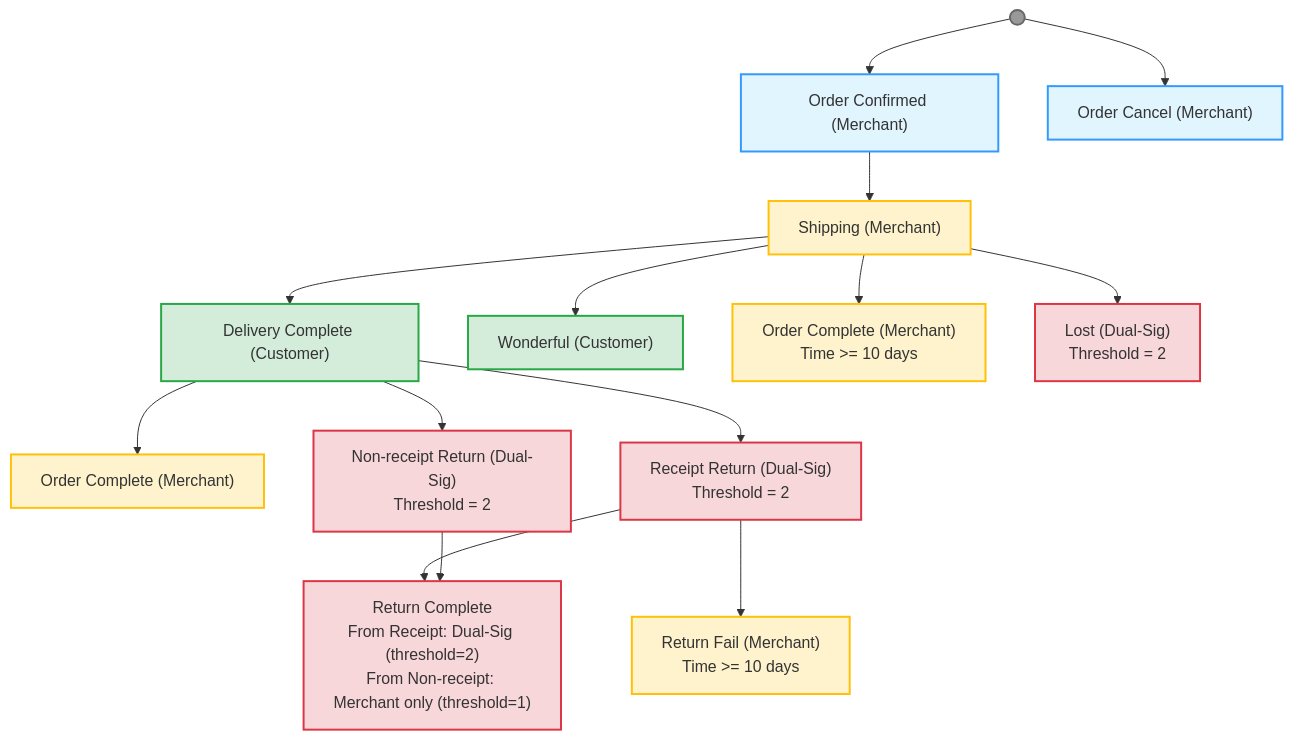
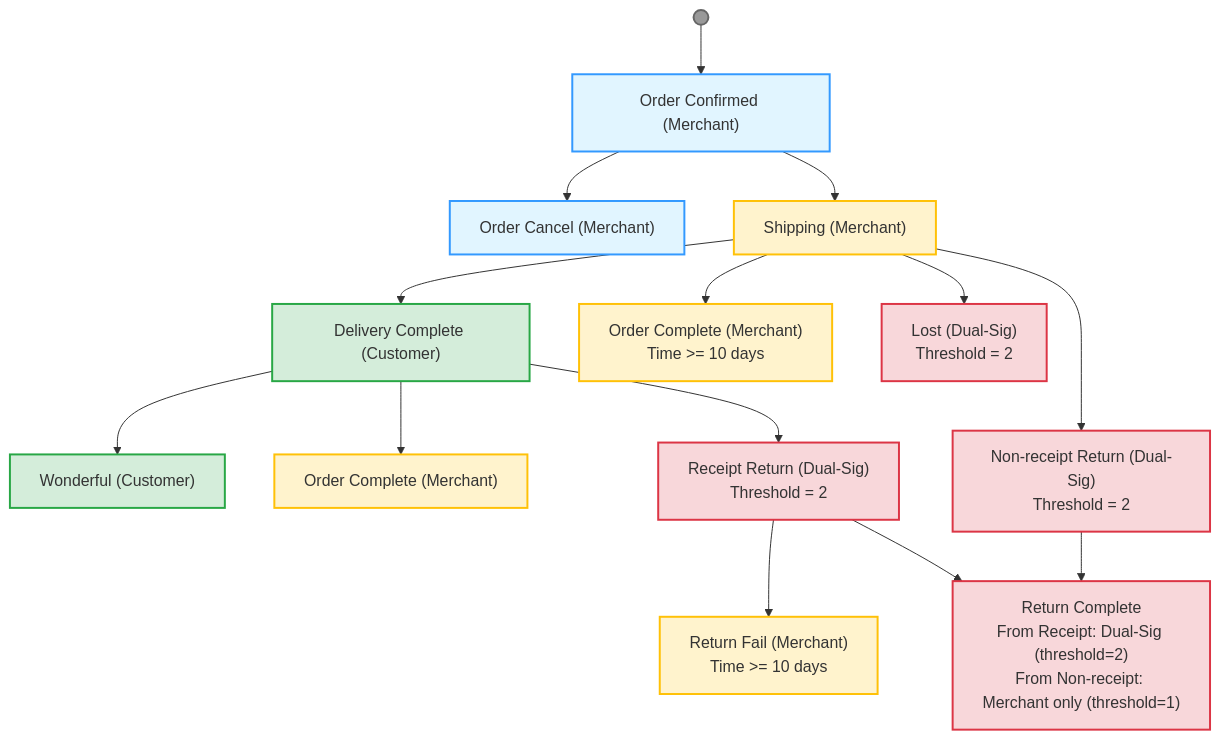
Before and after one commit to wowok-ai/docs: the diagram in examples/MyShop_Advanced/MyShop_Advanced.md, drawn with Mermaid. The commit also changed other lines of this file and 4 other files, not shown here.

````diff
--- a/examples/MyShop_Advanced/MyShop_Advanced.md
+++ b/examples/MyShop_Advanced/MyShop_Advanced.md
@@ -99,43 +99,43 @@
 ```mermaid
 graph TD
     classDef initial fill:#e1f5ff,stroke:#3399ff,stroke-width:2px;
     classDef merchant fill:#fff3cd,stroke:#ffc107,stroke-width:2px;
     classDef customer fill:#d4edda,stroke:#28a745,stroke-width:2px;
     classDef dualsig fill:#f8d7da,stroke:#dc3545,stroke-width:2px;
     classDef start fill:#999,stroke:#666,stroke-width:2px;
 
     START(( )):::start
 
     OC["Order Confirmed (Merchant)"]:::initial
     OR["Order Cancel (Merchant)"]:::initial
 
     SH["Shipping (Merchant)"]:::merchant
 
     DC["Delivery Complete (Customer)"]:::customer
     WO["Wonderful (Customer)"]:::customer
     OC2["Order Complete (Merchant)<br/>Time >= 10 days"]:::merchant
     LO["Lost (Dual-Sig)<br/>Threshold = 2"]:::dualsig
 
     OC3["Order Complete (Merchant)"]:::merchant
     NR["Non-receipt Return (Dual-Sig)<br/>Threshold = 2"]:::dualsig
 
     RR["Receipt Return (Dual-Sig)<br/>Threshold = 2"]:::dualsig
     RF["Return Fail (Merchant)<br/>Time >= 10 days"]:::merchant
     RC["Return Complete<br/>From Receipt: Dual-Sig (threshold=2)<br/>From Non-receipt: Merchant only (threshold=1)"]:::dualsig
 
     START --> OC
-    START --> OR
+    OC --> OR
     OC --> SH
     SH --> DC
-    SH --> WO
+    DC --> WO
     SH --> OC2
     SH --> LO
     
     DC --> OC3
-    DC --> NR
+    SH --> NR
     
     DC --> RR
     RR --> RF
     RR --> RC
     NR --> RC
 ```
````
